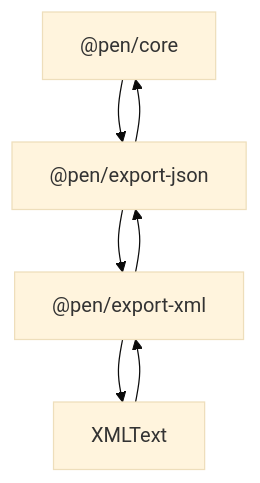
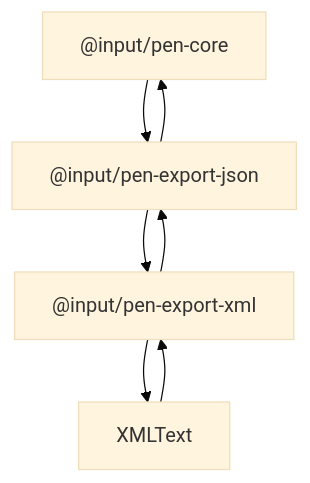
The diagram in spec/packages/extensions/export-xml.md (JayaKrishnaNamburu/pen), drawn with Mermaid (base theme) before and after one commit. The commit also changed other lines of this file and 989 other files, not shown here.

First line of the commit message:
Update package names and configurations to reflect rebranding from '@pen' to '@input'

````diff
--- a/spec/packages/extensions/export-xml.md
+++ b/spec/packages/extensions/export-xml.md
@@ -29,14 +29,14 @@
 ```mermaid
 flowchart TD
-  Core["@pen/core"]
-  Json["@pen/export-json"]
-  Xml["@pen/export-xml"]
+  Core["@input/pen-core"]
+  Json["@input/pen-export-json"]
+  Xml["@input/pen-export-xml"]
   XMLText[XMLText]
 
   Core --> Json
   Json --> Xml
   Xml --> XMLText
   XMLText --> Xml
   Xml --> Json
   Json --> Core
 ```
````
